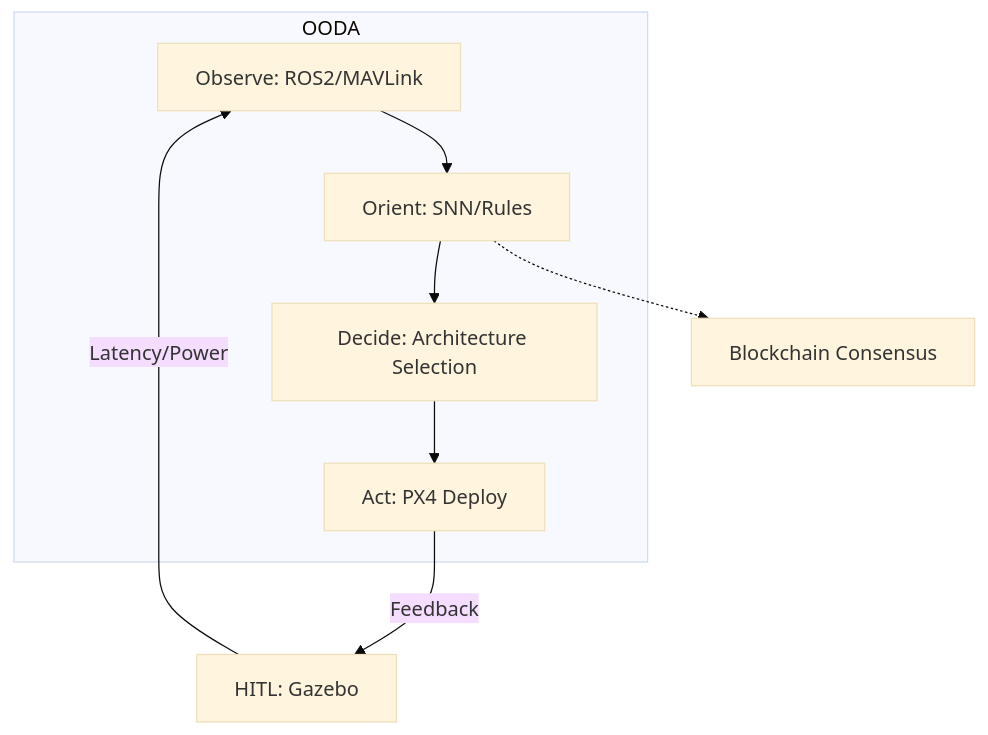
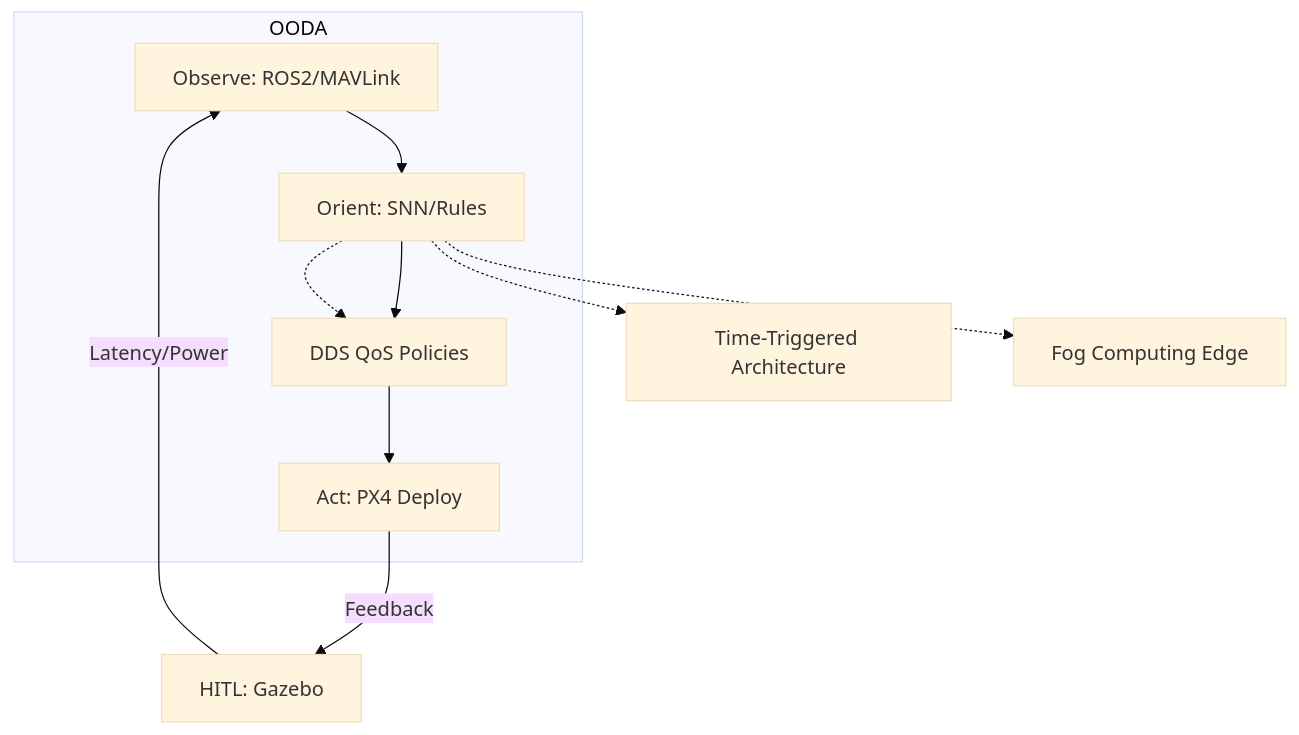
The diagram in monography.md (vriesz/fuse), drawn with Mermaid (base theme) before and after one commit. The commit also changed other lines of this file, not shown here.

````diff
--- a/monography.md
+++ b/monography.md
@@ -50,11 +64,13 @@
 ```mermaid  
 flowchart TB  
     subgraph OODA  
         O[Observe: ROS2/MAVLink] --> R[Orient: SNN/Rules]  
         R --> D[Decide: Architecture Selection]  
         D --> A[Act: PX4 Deploy]  
     end  
     A -->|Feedback| HITL[HITL: Gazebo]  
     HITL -->|Latency/Power| O  
-    R -.-> B[Blockchain Consensus]  
+    R -.-> T[Time-Triggered Architecture]
+    R -.-> D[DDS QoS Policies]
+    R -.-> F[Fog Computing Edge]
 ```  
````
